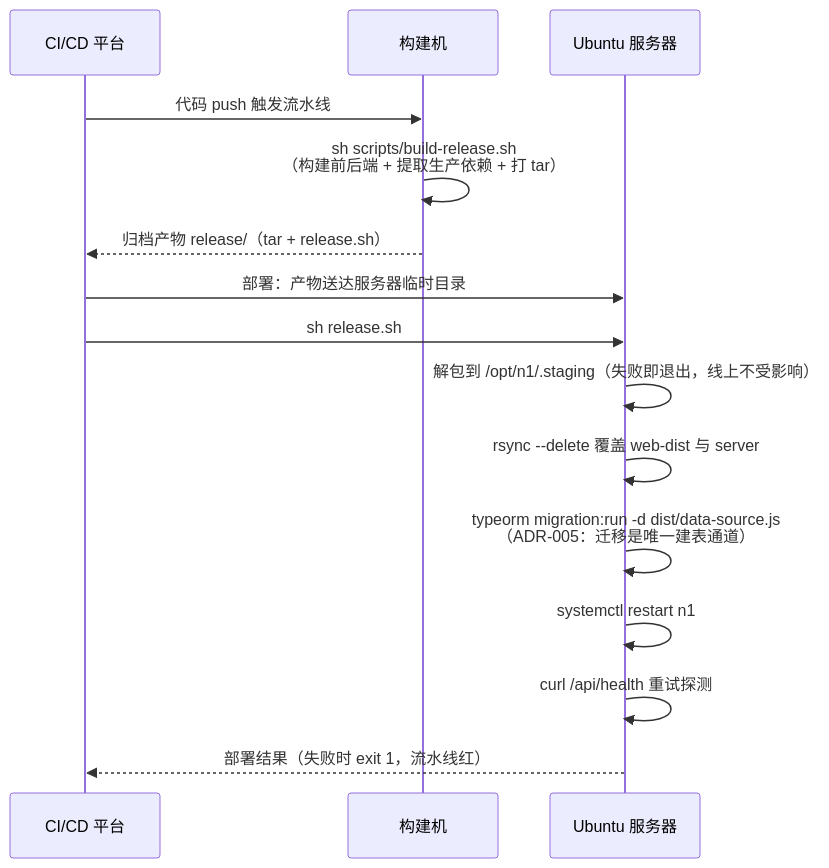
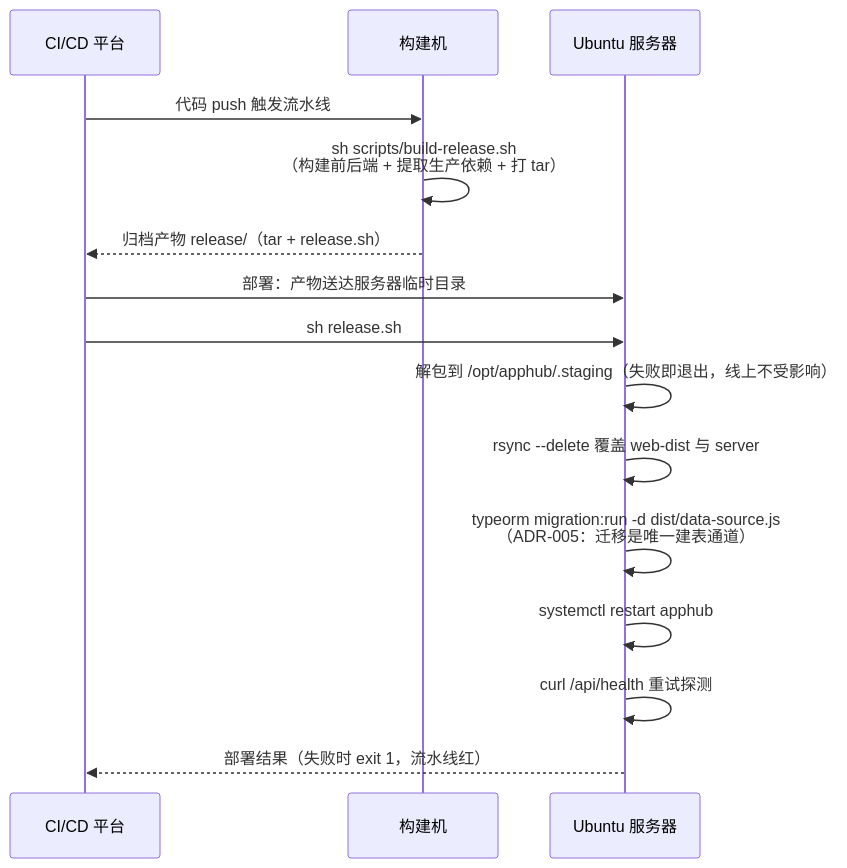
One commit to Harley-xk/apphub changed the second of 3 diagrams in docs/指南/发布包打包与部署指南.md. Above: the diagram before and after it, drawn with Mermaid. The commit also changed other lines of this file and 12 other files, not shown here.

````diff
--- a/docs/指南/发布包打包与部署指南.md
+++ b/docs/指南/发布包打包与部署指南.md
@@ -66,18 +68,18 @@
 ```mermaid
 sequenceDiagram
     participant F as CI/CD 平台
     participant B as 构建机
     participant S as Ubuntu 服务器
 
     F->>B: 代码 push 触发流水线
     B->>B: sh scripts/build-release.sh<br/>（构建前后端 + 提取生产依赖 + 打 tar）
     B-->>F: 归档产物 release/（tar + release.sh）
     F->>S: 部署：产物送达服务器临时目录
     F->>S: sh release.sh
-    S->>S: 解包到 /opt/n1/.staging（失败即退出，线上不受影响）
+    S->>S: 解包到 /opt/apphub/.staging（失败即退出，线上不受影响）
     S->>S: rsync --delete 覆盖 web-dist 与 server
     S->>S: typeorm migration:run -d dist/data-source.js<br/>（ADR-005：迁移是唯一建表通道）
-    S->>S: systemctl restart n1
+    S->>S: systemctl restart apphub
     S->>S: curl /api/health 重试探测
     S-->>F: 部署结果（失败时 exit 1，流水线红）
 ```
````
